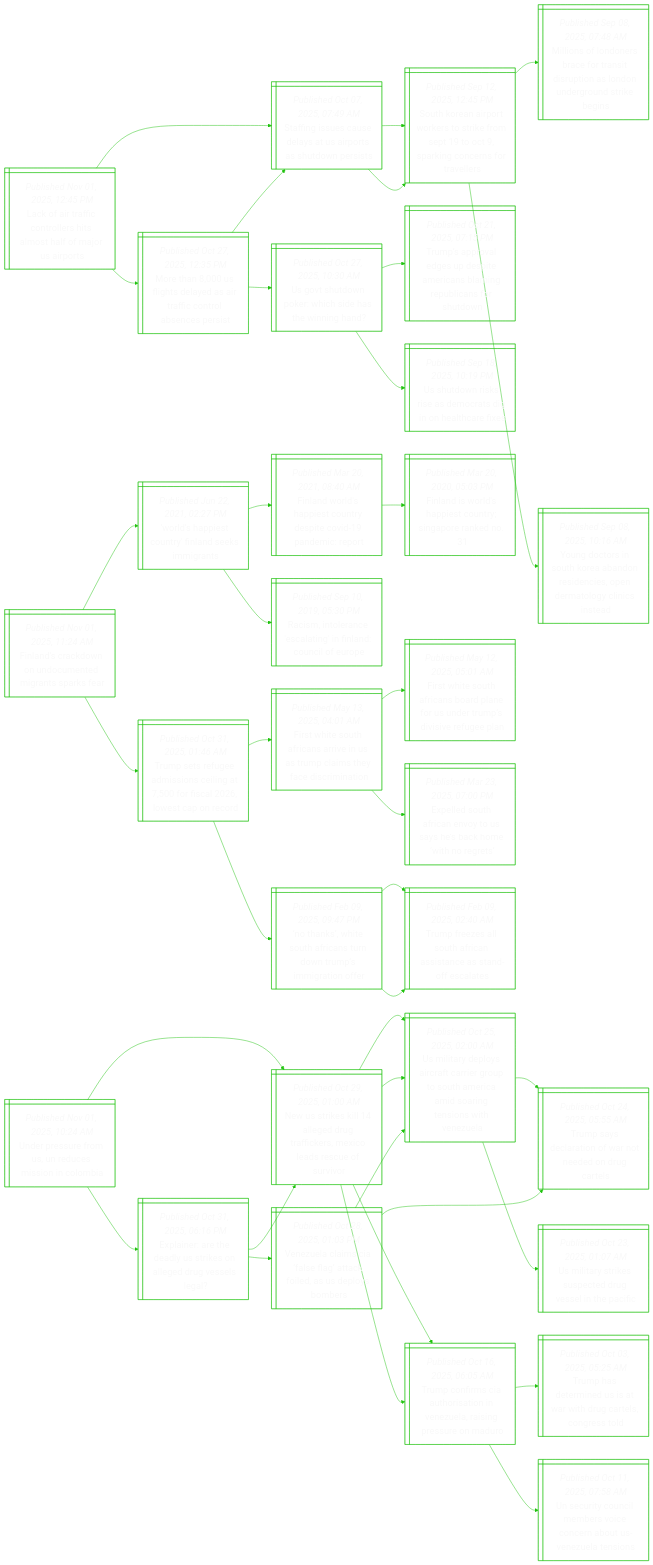
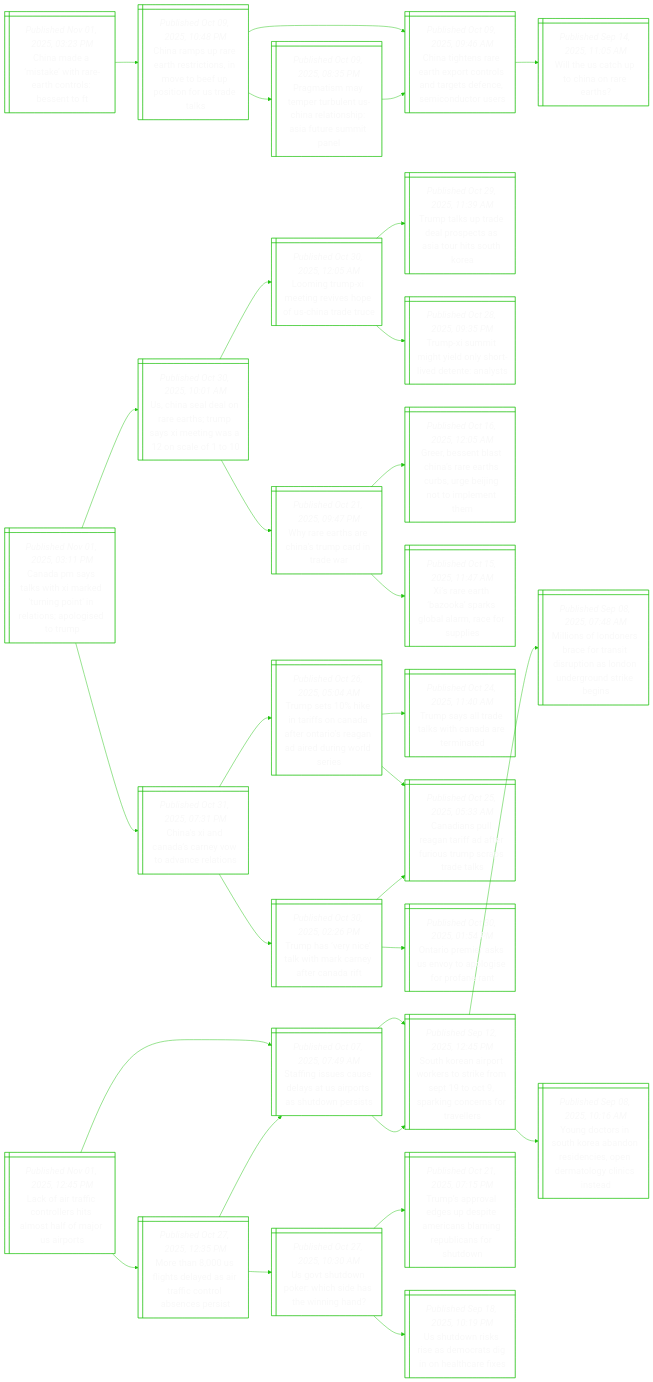
The diagram in README.md (notJmes/notJmes), drawn with Mermaid before and after one commit. The commit also changed other lines of this file, not shown here.

````diff
--- a/README.md
+++ b/README.md
@@ -15,6 +15,71 @@
 %%{init: {'theme':'base', 'themeVariables': {'primaryColor': "transparent", 'primaryTextColor': "#F9F9F9", 'lineColor': "#20C20E", 'primaryBorderColor':'#20C20E'}}}%%
 flowchart LR
 classDef txtsize font-size:20px;
+
+Cmmkhecost@{ shape: win-pane, label: "_Published Nov 01, 2025, 03:23 PM_
+China made a ‘mistake’ with rare-earth controls: bessent to ft" }
+Cruehromouiftt@{ shape: win-pane, label: "_Published Oct 09, 2025, 10:48 PM_
+China ramps up rare earth restrictions, in move to beef up position for us trade talks" }
+Ctertonsasnmdrs@{ shape: win-pane, label: "_Published Oct 09, 2025, 09:46 AM_
+China tightens rare earth export controls and targets defence, semiconductor users" }
+Whapira@{ shape: win-pane, label: "_Published Sep 14, 2025, 11:05 AM_
+Will the us catch up to china on rare earths?" }
+PammueCriiarmn@{ shape: win-pane, label: "_Published Oct 09, 2025, 08:35 PM_
+Pragmatism may temper turbulent us-china relationship: asia future summit panel" }
+Ctertonsasnmdrs@{ shape: win-pane, label: "_Published Oct 09, 2025, 09:46 AM_
+China tightens rare earth export controls and targets defence, semiconductor users" }
+
+Cmmkhecost:::txtsize --> Cruehromouiftt:::txtsize
+Cruehromouiftt:::txtsize --> Ctertonsasnmdrs:::txtsize
+Ctertonsasnmdrs:::txtsize --> Whapira:::txtsize
+Cruehromouiftt:::txtsize --> PammueCriiarmn:::txtsize
+PammueCriiarmn:::txtsize --> Ctertonsasnmdrs:::txtsize
+
+Caykhrugtlnler@{ shape: win-pane, label: "_Published Nov 01, 2025, 03:11 PM_
+Canada pm says talks with xi marked 'turning point' in relations; apologised to trump" }
+Unloehmsewne@{ shape: win-pane, label: "_Published Oct 30, 2025, 10:01 AM_
+Us, china seal deal on rare earths; trump says xi meeting was a 12 on scale of 1 to 10" }
+LnmegvpSaee@{ shape: win-pane, label: "_Published Oct 30, 2025, 12:05 AM_
+Looming trump-xi meeting revives hope of us-china trade truce" }
+Ttudlpaahoo@{ shape: win-pane, label: "_Published Oct 29, 2025, 11:39 AM_
+Trump talks up trade deal prospects as asia tour hits south korea" }
+TXmgelreent@{ shape: win-pane, label: "_Published Oct 28, 2025, 09:35 PM_
+Trump-xi summit might yield only short-lived detente: analysts" }
+Wrteamdar@{ shape: win-pane, label: "_Published Oct 21, 2025, 09:47 PM_
+Why rare earths are china’s trump card in trade war" }
+GBnsnrtrgjomee@{ shape: win-pane, label: "_Published Oct 16, 2025, 12:05 AM_
+Greer, bessent blast china’s rare earths curbs, urge beijing not to implement them" }
+Xrtopglmfps@{ shape: win-pane, label: "_Published Oct 15, 2025, 11:47 AM_
+Xi’s rare earth ‘bazooka’ sparks global alarm, race for supplies" }
+Csddrodet@{ shape: win-pane, label: "_Published Oct 31, 2025, 07:31 PM_
+China’s xi and canada’s carney vow to advance relations" }
+TsitfaaOiaddnli@{ shape: win-pane, label: "_Published Oct 26, 2025, 05:04 AM_
+Trump sets 10% hike in tariffs on canada after ontario’s reagan ad aired during world series" }
+Tsldkhdtn@{ shape: win-pane, label: "_Published Oct 24, 2025, 11:40 AM_
+Trump says all trade talks with canada are terminated" }
+Ciuaaaeirctt@{ shape: win-pane, label: "_Published Oct 25, 2025, 05:33 AM_
+Canadians pull reagan tariff ad after furious trump scraps trade talks" }
+Threwarfar@{ shape: win-pane, label: "_Published Oct 30, 2025, 02:26 PM_
+Trump has ‘very nice’ talk with mark carney after canada rift" }
+Ciuaaaeirctt@{ shape: win-pane, label: "_Published Oct 25, 2025, 05:33 AM_
+Canadians pull reagan tariff ad after furious trump scraps trade talks" }
+Oimsetlere@{ shape: win-pane, label: "_Published Oct 30, 2025, 01:54 PM_
+Ontario premier asks us envoy to apologise for profane rant" }
+
+Caykhrugtlnler:::txtsize --> Unloehmsewne:::txtsize
+Unloehmsewne:::txtsize --> LnmegvpSaee:::txtsize
+LnmegvpSaee:::txtsize --> Ttudlpaahoo:::txtsize
+LnmegvpSaee:::txtsize --> TXmgelreent:::txtsize
+Unloehmsewne:::txtsize --> Wrteamdar:::txtsize
+Wrteamdar:::txtsize --> GBnsnrtrgjomee:::txtsize
+Wrteamdar:::txtsize --> Xrtopglmfps:::txtsize
+Caykhrugtlnler:::txtsize --> Csddrodet:::txtsize
+Csddrodet:::txtsize --> TsitfaaOiaddnli:::txtsize
+TsitfaaOiaddnli:::txtsize --> Tsldkhdtn:::txtsize
+TsitfaaOiaddnli:::txtsize --> Ciuaaaeirctt:::txtsize
+Csddrodet:::txtsize --> Threwarfar:::txtsize
+Threwarfar:::txtsize --> Ciuaaaeirctt:::txtsize
+Threwarfar:::txtsize --> Oimsetlere:::txtsize
 
 Lfrcrrssfjar@{ shape: win-pane, label: "_Published Nov 01, 2025, 12:45 PM_
 Lack of air traffic controllers hits almost half of major us airports" }
@@ -50,87 +115,4 @@
 Utdohisig:::txtsize --> Tsodpienmeifun:::txtsize
 Utdohisig:::txtsize --> Utrrscdolre:::txtsize
 
-Fnawnmdapf@{ shape: win-pane, label: "_Published Nov 01, 2025, 11:24 AM_
-Finland's crackdown on undocumented migrants sparks fear" }
-Wsioyaemn@{ shape: win-pane, label: "_Published Jun 22, 2021, 02:27 PM_
-'world's happiest country' finland seeks immigrants" }
-FnlpttsCpmp@{ shape: win-pane, label: "_Published Mar 20, 2021, 08:40 AM_
-Finland world's happiest country despite covid-19 pandemic: report" }
-FnoheuSpaN@{ shape: win-pane, label: "_Published Mar 20, 2020, 05:03 PM_
-Finland is world's happiest country; singapore ranked no. 31" }
-RmlcanidcEe@{ shape: win-pane, label: "_Published Sep 10, 2019, 05:30 PM_
-Racism, intolerance 'escalating' in finland: council of europe" }
-Tseessifsocrd@{ shape: win-pane, label: "_Published Oct 31, 2025, 01:46 AM_
-Trump sets refugee admissions ceiling at 7,500 for fiscal 2026, lowest cap on record" }
-FwSAarnTcsfimi@{ shape: win-pane, label: "_Published May 13, 2025, 04:01 AM_
-First white south africans arrive in us as trump claims they face discrimination" }
-FwSAaaarduivul@{ shape: win-pane, label: "_Published May 12, 2025, 05:01 AM_
-First white south africans board plane for us under trump’s divisive refugee plan" }
-Eluretashirt@{ shape: win-pane, label: "_Published Mar 23, 2025, 07:00 PM_
-Expelled south african envoy to us says he’s back home ‘with no regrets’" }
-Nniursdrirnr@{ shape: win-pane, label: "_Published Feb 09, 2025, 09:47 PM_
-‘no thanks’, white south africans turn down trump’s immigration offer" }
-TfeSAaictfas@{ shape: win-pane, label: "_Published Feb 09, 2025, 02:40 AM_
-Trump freezes all south african assistance as stand-off escalates" }
-TfeSAaictfas@{ shape: win-pane, label: "_Published Feb 09, 2025, 02:40 AM_
-Trump freezes all south african assistance as stand-off escalates" }
-
-Fnawnmdapf:::txtsize --> Wsioyaemn:::txtsize
-Wsioyaemn:::txtsize --> FnlpttsCpmp:::txtsize
-FnlpttsCpmp:::txtsize --> FnoheuSpaN:::txtsize
-Wsioyaemn:::txtsize --> RmlcanidcEe:::txtsize
-Fnawnmdapf:::txtsize --> Tseessifsocrd:::txtsize
-Tseessifsocrd:::txtsize --> FwSAarnTcsfimi:::txtsize
-FwSAarnTcsfimi:::txtsize --> FwSAaaarduivul:::txtsize
-FwSAarnTcsfimi:::txtsize --> Eluretashirt:::txtsize
-Tseessifsocrd:::txtsize --> Nniursdrirnr:::txtsize
-Nniursdrirnr:::txtsize --> TfeSAaictfas:::txtsize
-Nniursdrirnr:::txtsize --> TfeSAaictfas:::txtsize
-
-UpuoNcsio@{ shape: win-pane, label: "_Published Nov 01, 2025, 10:24 AM_
-Under pressure from us, un reduces mission in colombia" }
-Nselgufexeeov@{ shape: win-pane, label: "_Published Oct 29, 2025, 01:00 AM_
-New us strikes kill 14 alleged drug traffickers, mexico leads rescue of survivor" }
-Uidycceuomasnswee@{ shape: win-pane, label: "_Published Oct 25, 2025, 02:00 AM_
-Us military deploys aircraft carrier group to south america amid soaring tensions with venezuela" }
-Tseaonencl@{ shape: win-pane, label: "_Published Oct 24, 2025, 05:55 AM_
-Trump says declaration of war not needed on drug cartels" }
-Uisepdvlef@{ shape: win-pane, label: "_Published Oct 23, 2025, 01:07 AM_
-Us military strikes suspected drug vessel in the pacific" }
-TcrAotnzrnsou@{ shape: win-pane, label: "_Published Oct 16, 2025, 06:05 AM_
-Trump confirms cia authorisation in venezuela, raising pressure on maduro" }
-Thtniahclgt@{ shape: win-pane, label: "_Published Oct 03, 2025, 05:25 AM_
-Trump has determined us is at war with drug cartels, congress told" }
-UuCiboontnls@{ shape: win-pane, label: "_Published Oct 11, 2025, 07:58 AM_
-Un security council members voice concern about us-venezuela tensions" }
-Eirdyroersl@{ shape: win-pane, label: "_Published Oct 31, 2025, 06:16 PM_
-Explainer: are the deadly us strikes on alleged drug vessels legal?​" }
-Nselgufexeeov@{ shape: win-pane, label: "_Published Oct 29, 2025, 01:00 AM_
-New us strikes kill 14 alleged drug traffickers, mexico leads rescue of survivor" }
-Uidycceuomasnswee@{ shape: win-pane, label: "_Published Oct 25, 2025, 02:00 AM_
-Us military deploys aircraft carrier group to south america amid soaring tensions with venezuela" }
-TcrAotnzrnsou@{ shape: win-pane, label: "_Published Oct 16, 2025, 06:05 AM_
-Trump confirms cia authorisation in venezuela, raising pressure on maduro" }
-VulClaaispbr@{ shape: win-pane, label: "_Published Oct 28, 2025, 01:03 PM_
-Venezuela claims cia ‘false flag’ attack foiled, as us deploys bombers" }
-Tseaonencl@{ shape: win-pane, label: "_Published Oct 24, 2025, 05:55 AM_
-Trump says declaration of war not needed on drug cartels" }
-Uidycceuomasnswee@{ shape: win-pane, label: "_Published Oct 25, 2025, 02:00 AM_
-Us military deploys aircraft carrier group to south america amid soaring tensions with venezuela" }
-
-UpuoNcsio:::txtsize --> Nselgufexeeov:::txtsize
-Nselgufexeeov:::txtsize --> Uidycceuomasnswee:::txtsize
-Uidycceuomasnswee:::txtsize --> Tseaonencl:::txtsize
-Uidycceuomasnswee:::txtsize --> Uisepdvlef:::txtsize
-Nselgufexeeov:::txtsize --> TcrAotnzrnsou:::txtsize
-TcrAotnzrnsou:::txtsize --> Thtniahclgt:::txtsize
-TcrAotnzrnsou:::txtsize --> UuCiboontnls:::txtsize
-UpuoNcsio:::txtsize --> Eirdyroersl:::txtsize
-Eirdyroersl:::txtsize --> Nselgufexeeov:::txtsize
-Nselgufexeeov:::txtsize --> Uidycceuomasnswee:::txtsize
-Nselgufexeeov:::txtsize --> TcrAotnzrnsou:::txtsize
-Eirdyroersl:::txtsize --> VulClaaispbr:::txtsize
-VulClaaispbr:::txtsize --> Tseaonencl:::txtsize
-VulClaaispbr:::txtsize --> Uidycceuomasnswee:::txtsize
-
 ```
````
